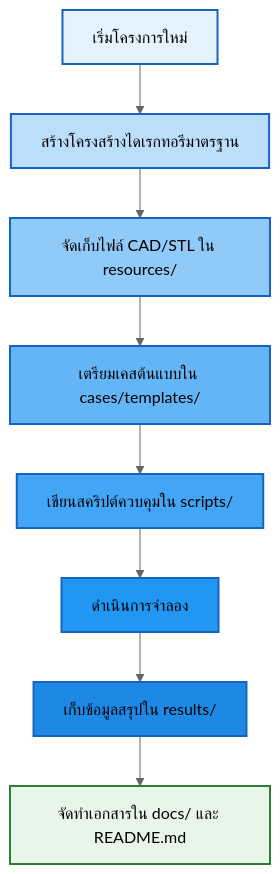
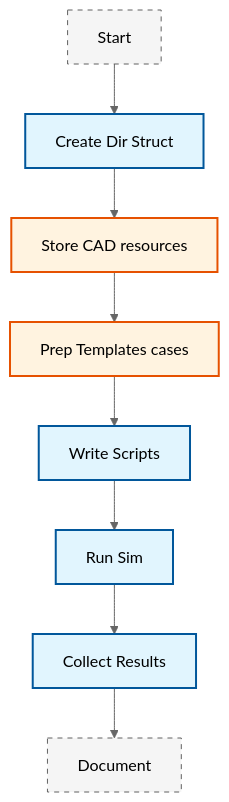
The second of 4 diagrams in MODULE_07_UTILITIES_AUTOMATION/CONTENT/07_PROFESSIONAL_PRACTICE/01_Project_Organization.md (wramet/build-my-cfd), drawn with Mermaid (neutral theme) before and after one commit. The commit also changed other lines of this file and 313 other files, not shown here.

Commit message:
Revise all diagram

````diff
--- a/MODULE_07_UTILITIES_AUTOMATION/CONTENT/07_PROFESSIONAL_PRACTICE/01_Project_Organization.md
+++ b/MODULE_07_UTILITIES_AUTOMATION/CONTENT/07_PROFESSIONAL_PRACTICE/01_Project_Organization.md
@@ -1100,19 +1091,14 @@
 ```mermaid
 flowchart TD
-    A[เริ่มโครงการใหม่] --> B[สร้างโครงสร้างไดเรกทอรีมาตรฐาน]
-    B --> C[จัดเก็บไฟล์ CAD/STL ใน resources/]
-    C --> D[เตรียมเคสต้นแบบใน cases/templates/]
-    D --> E[เขียนสคริปต์ควบคุมใน scripts/]
-    E --> F[ดำเนินการจำลอง]
-    F --> G[เก็บข้อมูลสรุปใน results/]
-    G --> H[จัดทำเอกสารใน docs/ และ README.md]
+classDef implicit fill:#e1f5fe,stroke:#01579b,stroke-width:2px,color:#000
+classDef explicit fill:#fff3e0,stroke:#e65100,stroke-width:2px,color:#000
+classDef context fill:#f5f5f5,stroke:#616161,stroke-width:1px,color:#000,stroke-dasharray: 5 5
 
-    style A fill:#e3f2fd,stroke:#1565c0,stroke-width:2px
-    style B fill:#bbdefb,stroke:#1565c0,stroke-width:2px
-    style C fill:#90caf9,stroke:#1565c0,stroke-width:2px
-    style D fill:#64b5f6,stroke:#1565c0,stroke-width:2px
-    style E fill:#42a5f5,stroke:#1565c0,stroke-width:2px
-    style F fill:#2196f3,stroke:#1565c0,stroke-width:2px
-    style G fill:#1e88e5,stroke:#1565c0,stroke-width:2px
-    style H fill:#e8f5e9,stroke:#2e7d32,stroke-width:2px
+A[Start]:::context --> B[Create Dir Struct]:::implicit
+B --> C[Store CAD resources]:::explicit
+C --> D[Prep Templates cases]:::explicit
+D --> E[Write Scripts]:::implicit
+E --> F[Run Sim]:::implicit
+F --> G[Collect Results]:::implicit
+G --> H[Document]:::context
 ```
````
